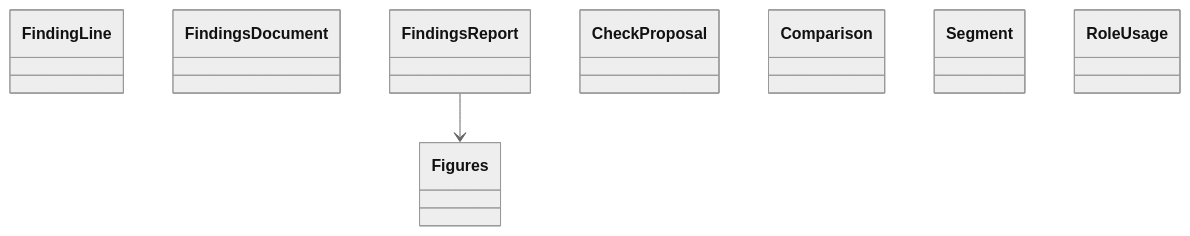
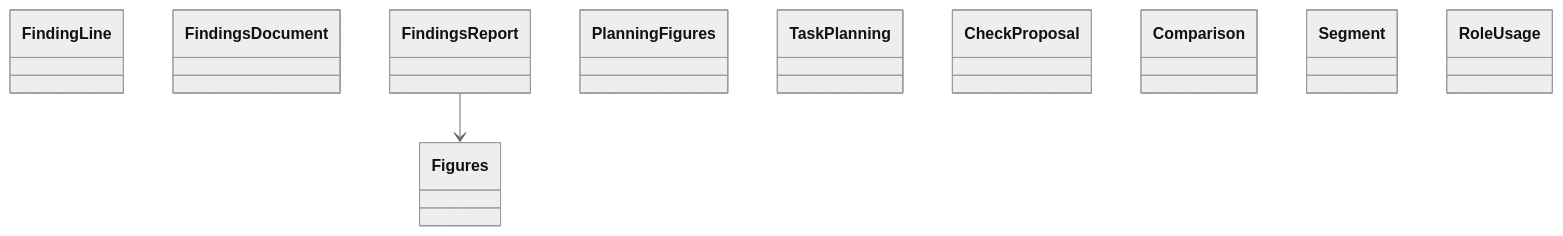
One commit to GonzaloZevallos/agentic-system changed the diagram in docs/architecture/generated/classes-measurement-domain-reports.md. Above: the diagram before and after it, drawn with Mermaid (neutral theme). The commit also changed 12 other files, not shown here.

First line of the commit message:
Split eval compare's planning figures by arm and route; write ADR 0086 and the glossary entries

````diff
--- a/docs/architecture/generated/classes-measurement-domain-reports.md
+++ b/docs/architecture/generated/classes-measurement-domain-reports.md
@@ -8,12 +8,14 @@
 ```mermaid
 classDiagram
     class findings_report__Figures["Figures"]
     class findings_report__FindingLine["FindingLine"]
     class findings_report__FindingsDocument["FindingsDocument"]
     class findings_report__FindingsReport["FindingsReport"]
+    class planning__PlanningFigures["PlanningFigures"]
+    class planning__TaskPlanning["TaskPlanning"]
     class playbook_window__CheckProposal["CheckProposal"]
     class playbook_window__Comparison["Comparison"]
     class playbook_window__Segment["Segment"]
     class role_usage__RoleUsage["RoleUsage"]
     findings_report__FindingsReport --> findings_report__Figures
 ```
````
